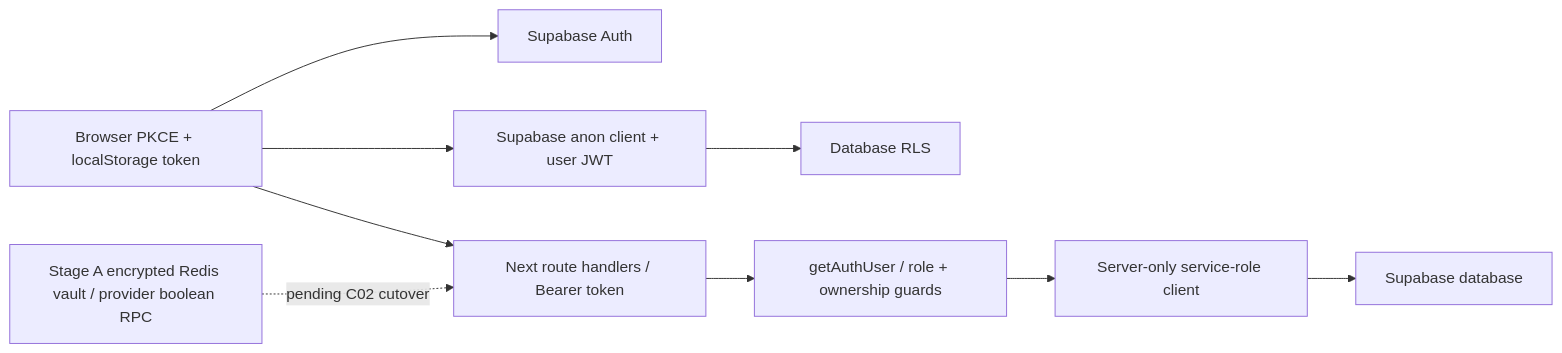
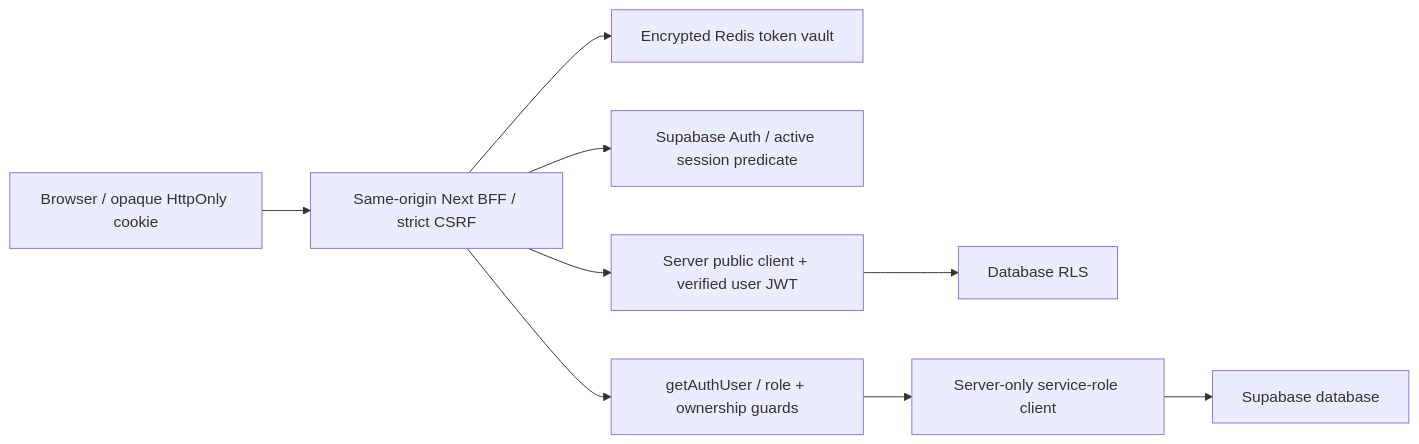
The diagram in docs/security/authentication-stack.md (FengProfessor/Vocab), drawn with Mermaid before and after one commit. The commit also changed other lines of this file and 4 other files, not shown here.

````diff
--- a/docs/security/authentication-stack.md
+++ b/docs/security/authentication-stack.md
@@ -7,11 +7,11 @@
 ```mermaid
 flowchart LR
-  Browser[Browser PKCE + localStorage token] --> Provider[Supabase Auth]
-  Browser --> Direct[Supabase anon client + user JWT]
+  Browser[Browser / opaque HttpOnly cookie] --> API[Same-origin Next BFF / strict CSRF]
+  API --> Vault[Encrypted Redis token vault]
+  API --> Provider[Supabase Auth / active session predicate]
+  API --> Direct[Server public client + verified user JWT]
   Direct --> RLS[Database RLS]
-  Browser --> API[Next route handlers / Bearer token]
   API --> Guard[getAuthUser / role + ownership guards]
   Guard --> Service[Server-only service-role client]
   Service --> DB[Supabase database]
-  Foundation[Stage A encrypted Redis vault / provider boolean RPC] -. pending C02 cutover .-> API
 ```
````
